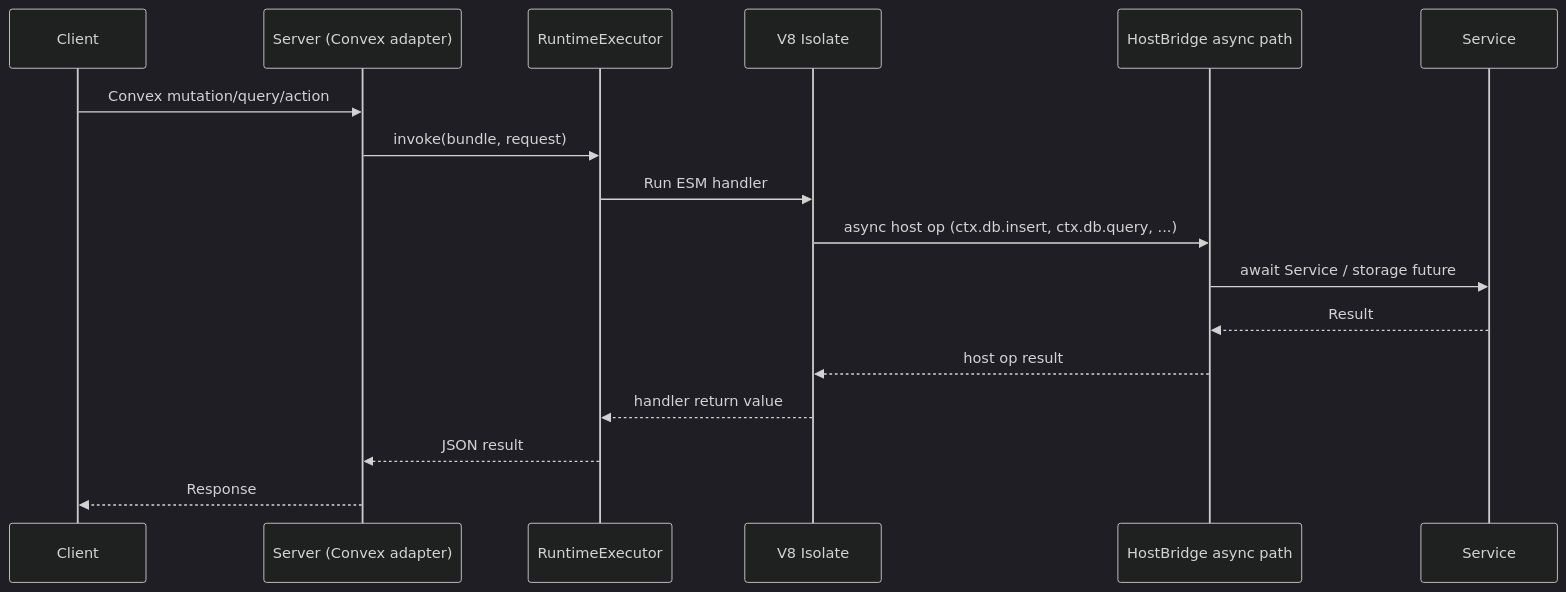
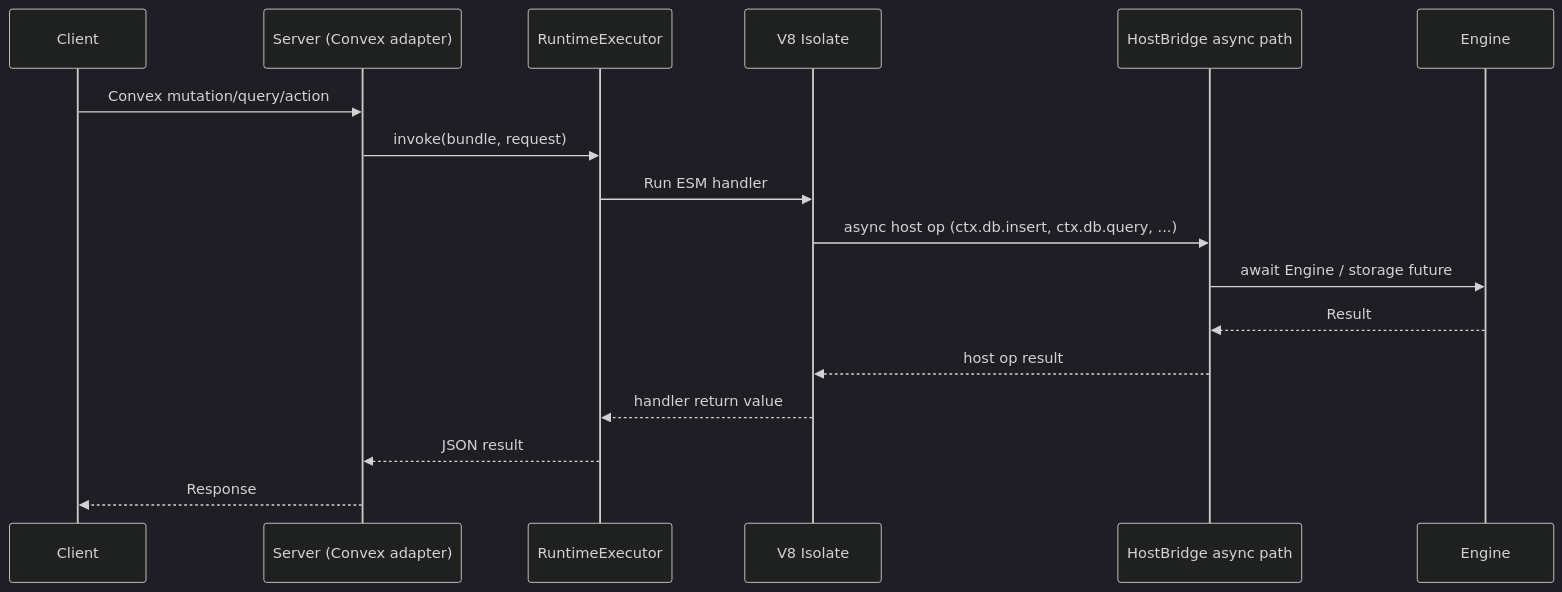
Before and after one commit to nimbus/nimbus: the fifth of 6 diagrams in ARCHITECTURE.md, drawn with Mermaid (dark theme). The commit also changed other lines of this file and 622 other files, not shown here.

````diff
--- a/ARCHITECTURE.md
+++ b/ARCHITECTURE.md
@@ -1136,20 +1165,20 @@
 ```mermaid
 sequenceDiagram
     participant C as Client
     participant Srv as Server (Convex adapter)
     participant Exec as RuntimeExecutor
     participant V8 as V8 Isolate
     participant HB as HostBridge async path
-    participant Svc as Service
+    participant Eng as Engine
 
     C->>Srv: Convex mutation/query/action
     Srv->>Exec: invoke(bundle, request)
     Exec->>V8: Run ESM handler
     V8->>HB: async host op (ctx.db.insert, ctx.db.query, ...)
-    HB->>Svc: await Service / storage future
-    Svc-->>HB: Result
+    HB->>Eng: await Engine / storage future
+    Eng-->>HB: Result
     HB-->>V8: host op result
     V8-->>Exec: handler return value
     Exec-->>Srv: JSON result
     Srv-->>C: Response
 ```
````
